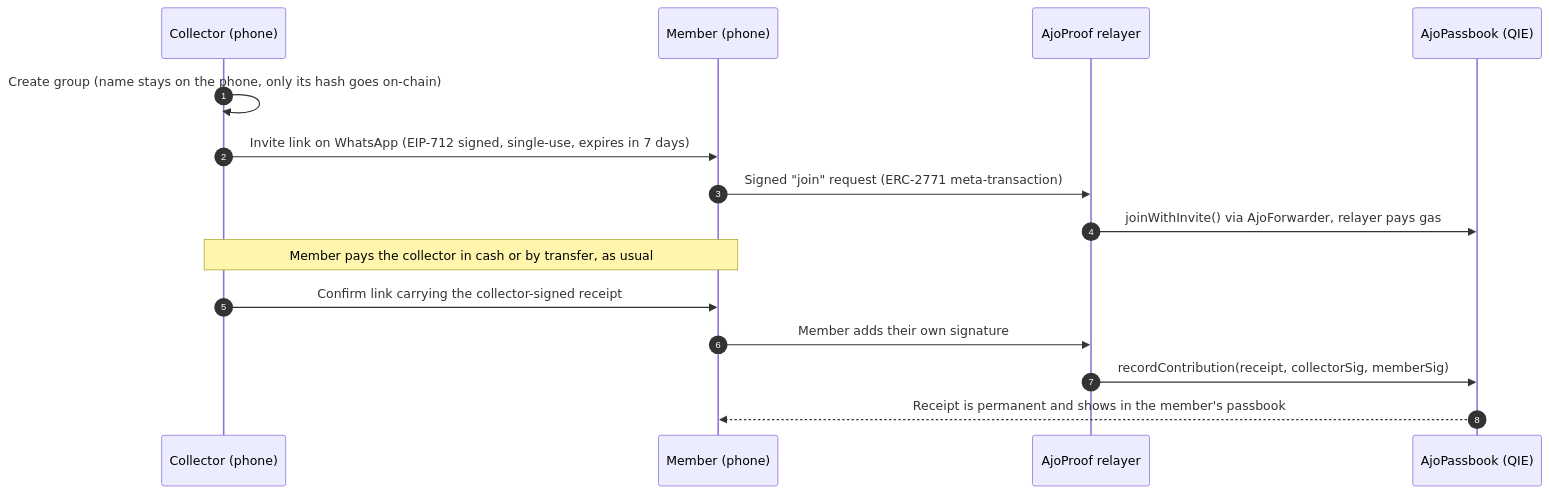
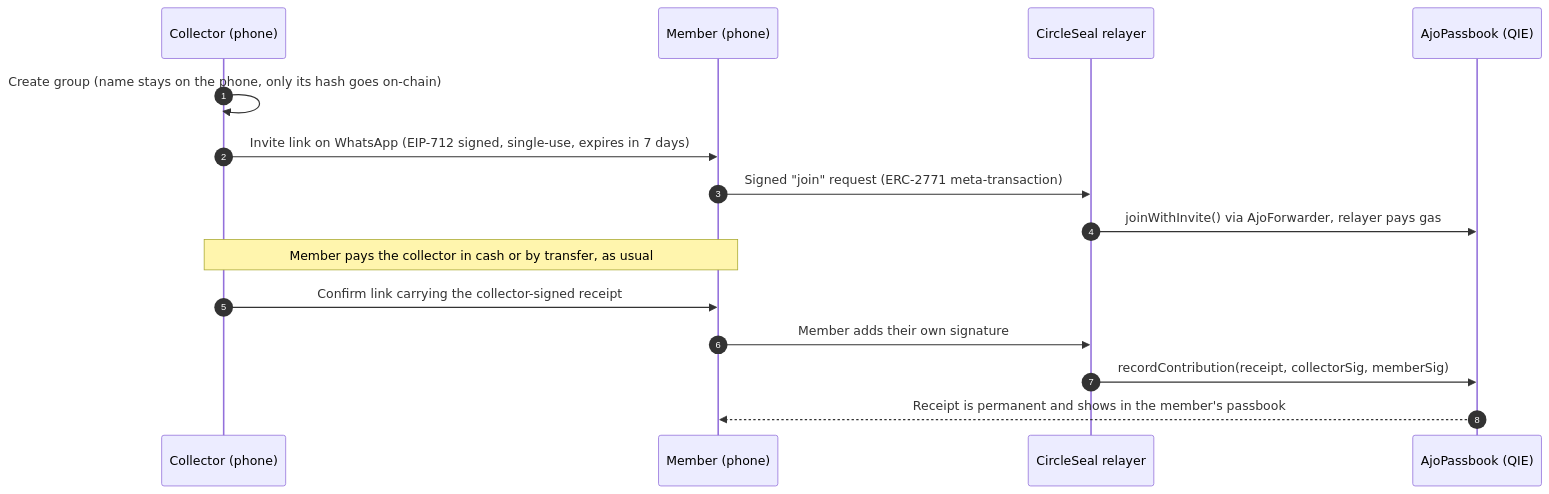
The first of 3 diagrams in README.md (opxy16/circleseal), drawn with Mermaid before and after one commit. The commit also changed other lines of this file and 31 other files, not shown here.

First line of the commit message:
Rename the project to CircleSeal with international wording

````diff
--- a/README.md
+++ b/README.md
@@ -22,17 +22,17 @@
 ```mermaid
 sequenceDiagram
     autonumber
     participant C as Collector (phone)
     participant M as Member (phone)
-    participant R as AjoProof relayer
+    participant R as CircleSeal relayer
     participant P as AjoPassbook (QIE)
     C->>C: Create group (name stays on the phone, only its hash goes on-chain)
     C->>M: Invite link on WhatsApp (EIP-712 signed, single-use, expires in 7 days)
     M->>R: Signed "join" request (ERC-2771 meta-transaction)
     R->>P: joinWithInvite() via AjoForwarder, relayer pays gas
     Note over C,M: Member pays the collector in cash or by transfer, as usual
     C->>M: Confirm link carrying the collector-signed receipt
     M->>R: Member adds their own signature
     R->>P: recordContribution(receipt, collectorSig, memberSig)
     P-->>M: Receipt is permanent and shows in the member's passbook
 ```
````
